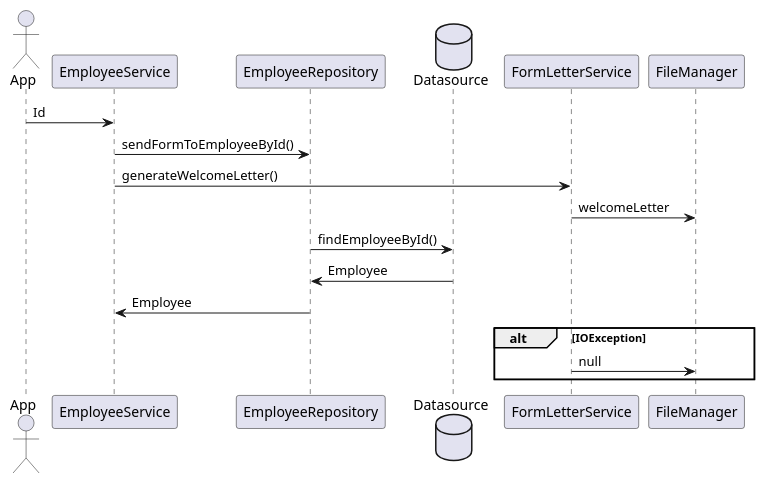
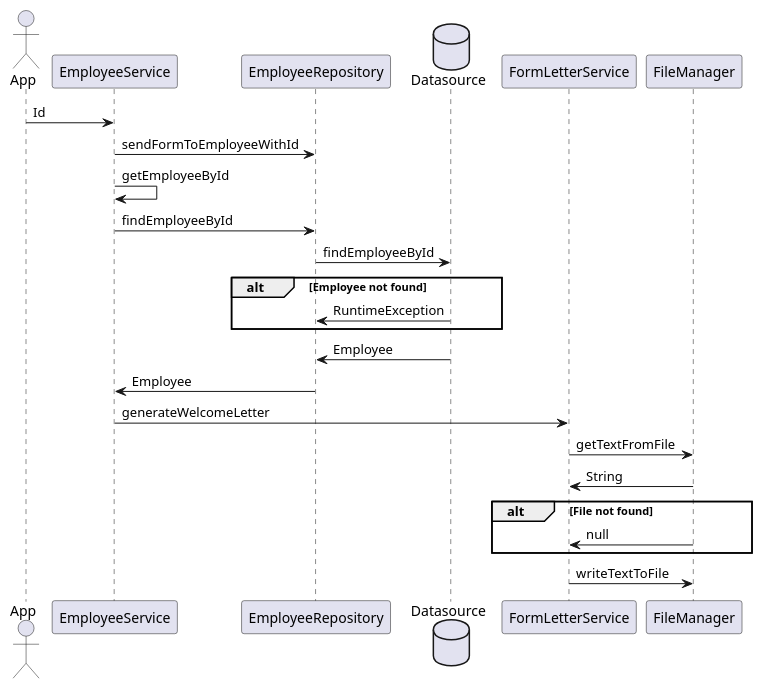
Before and after one commit to BloomTechBackend/bd-welcome-letter-VellStraggler: the diagram in build/resources/main/CreateWelcomeLetterSD.puml, drawn with PlantUML. The commit also changed 15 other files, not shown here.

Commit message:
sequence diagram complete

```diff
--- a/build/resources/main/CreateWelcomeLetterSD.puml
+++ b/build/resources/main/CreateWelcomeLetterSD.puml
@@ -1,23 +1,32 @@
 @startuml
 
 actor App
 participant EmployeeService
 participant EmployeeRepository
 database Datasource
 participant FormLetterService
 participant FileManager
 
 App -> EmployeeService: Id
-EmployeeService -> EmployeeRepository: sendFormToEmployeeById()
-EmployeeService -> FormLetterService: generateWelcomeLetter()
-FormLetterService -> FileManager: welcomeLetter
-EmployeeRepository -> Datasource: findEmployeeById()
+EmployeeService -> EmployeeRepository: sendFormToEmployeeWithId
+EmployeeService -> EmployeeService: getEmployeeById
+EmployeeService -> EmployeeRepository: findEmployeeById
+EmployeeRepository -> Datasource: findEmployeeById
+
+alt Employee not found
+EmployeeRepository <- Datasource: RuntimeException
+end
+
 EmployeeRepository <- Datasource: Employee
 EmployeeRepository -> EmployeeService: Employee
+EmployeeService -> FormLetterService: generateWelcomeLetter
+FormLetterService -> FileManager: getTextFromFile
+FormLetterService <- FileManager: String
 
-alt IOException
-FormLetterService -> FileManager: null
+alt File not found
+FormLetterService <- FileManager: null
 end
 
+FormLetterService -> FileManager: writeTextToFile
 
 @enduml
```
